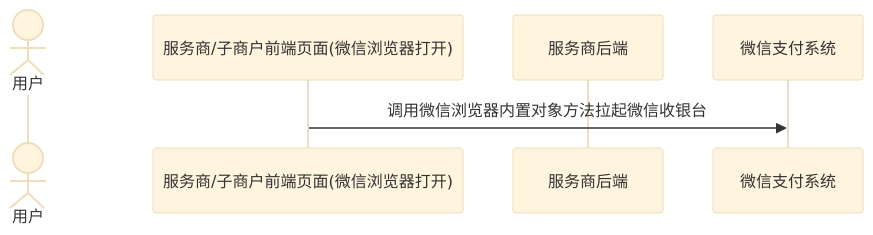
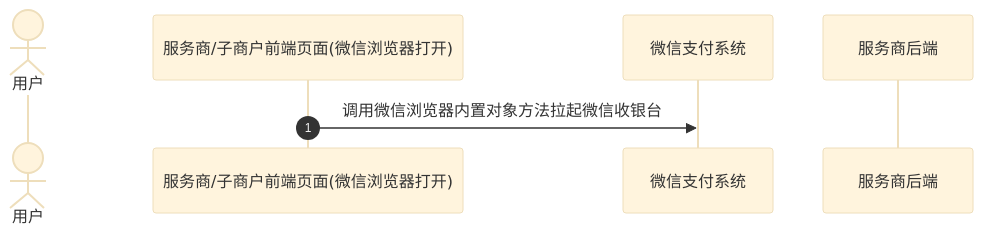
The second of 4 diagrams in docs/partner/pages/4012069859.md (minibear2021/wechatpay_docs), drawn with Mermaid (base theme) before and after one commit. The commit also changed other lines of this file and 7 other files, not shown here.

````diff
--- a/docs/partner/pages/4012069859.md
+++ b/docs/partner/pages/4012069859.md
@@ -97,9 +96,9 @@
 ```mermaid
 sequenceDiagram
-        actor User as 用户
-        participant Mch as 服务商/子商户前端页面(微信浏览器打开)
-        participant SP as 服务商后端
-        participant WxPay as 微信支付系统
-
-        Mch->>WxPay: 调用微信浏览器内置对象方法拉起微信收银台
+  autonumber
+  actor p0 as 用户
+  participant p1 as 服务商/子商户前端页面(微信浏览器打开)
+  participant p2 as 微信支付系统
+  participant p3 as 服务商后端
+  p1->>p2: 调用微信浏览器内置对象方法拉起微信收银台
 ```
````
